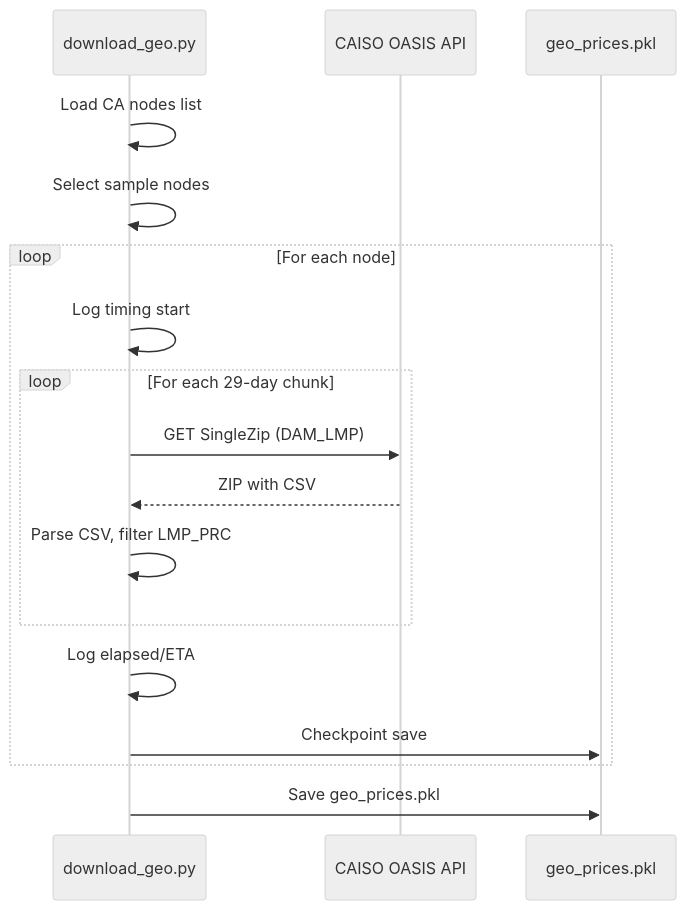
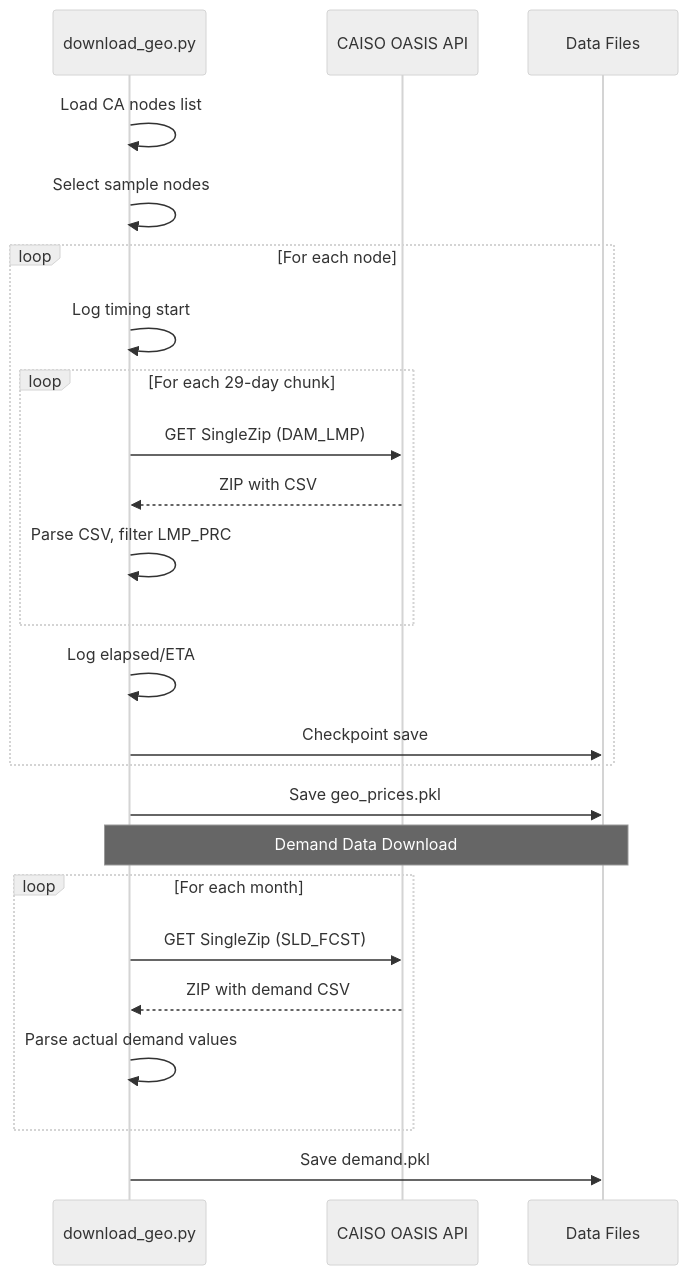
One commit to nicechester/smart-grid-prediction changed the third of 15 diagrams in architecture.md. Above: the diagram before and after it, drawn with Mermaid (neutral theme). The commit also changed other lines of this file and 4 other files, not shown here.

````diff
--- a/architecture.md
+++ b/architecture.md
@@ -107,22 +131,30 @@
 ```mermaid
 sequenceDiagram
     participant Script as download_geo.py
     participant CAISO as CAISO OASIS API
-    participant Storage as geo_prices.pkl
+    participant Storage as Data Files
     
     Script->>Script: Load CA nodes list
     Script->>Script: Select sample nodes
     
     loop For each node
         Script->>Script: Log timing start
         loop For each 29-day chunk
             Script->>CAISO: GET SingleZip (DAM_LMP)
             CAISO-->>Script: ZIP with CSV
             Script->>Script: Parse CSV, filter LMP_PRC
         end
         Script->>Script: Log elapsed/ETA
         Script->>Storage: Checkpoint save
     end
     
     Script->>Storage: Save geo_prices.pkl
+    
+    Note over Script,Storage: Demand Data Download
+    loop For each month
+        Script->>CAISO: GET SingleZip (SLD_FCST)
+        CAISO-->>Script: ZIP with demand CSV
+        Script->>Script: Parse actual demand values
+    end
+    Script->>Storage: Save demand.pkl
 ```
````
